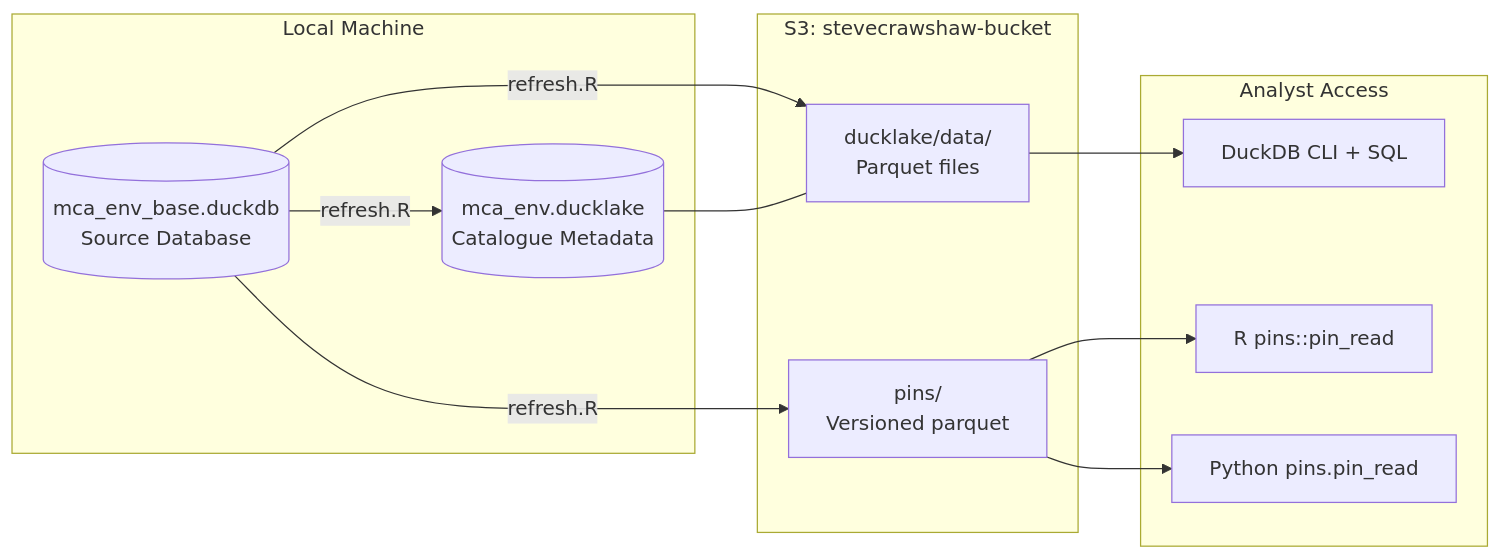
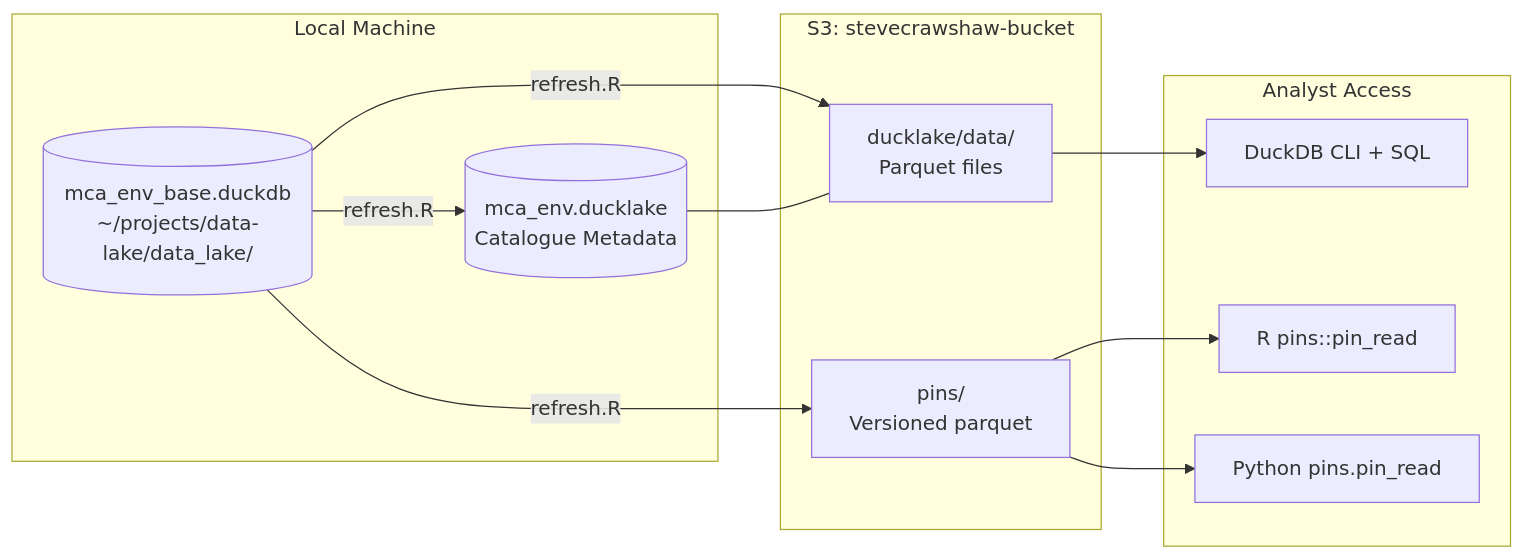
One commit to stevecrawshaw/ducklake changed the first of 9 diagrams in docs/admin-guide.qmd. Above: the diagram before and after it, drawn with Mermaid. The commit also changed other lines of this file and 13 other files, not shown here.

First line of the commit message:
chore: update source database path to ~/projects/data-lake/data_lake/mca_env_base.duckdb

````diff
--- a/docs/admin-guide.qmd
+++ b/docs/admin-guide.qmd
@@ -35,28 +35,28 @@
 ```{mermaid}
 %%| label: fig-system-overview
 %%| fig-cap: "System architecture: source database, DuckLake catalogue, and S3 pins"
 flowchart LR
     subgraph Local["Local Machine"]
-        SRC[(mca_env_base.duckdb<br/>Source Database)]
+        SRC[(mca_env_base.duckdb<br/>~/projects/data-lake/data_lake/)]
         CAT[(mca_env.ducklake<br/>Catalogue Metadata)]
     end
 
     subgraph S3["S3: stevecrawshaw-bucket"]
         DL[ducklake/data/<br/>Parquet files]
         PINS[pins/<br/>Versioned parquet]
     end
 
     subgraph Analysts["Analyst Access"]
         SQL[DuckDB CLI + SQL]
         R[R pins::pin_read]
         PY[Python pins.pin_read]
     end
 
     SRC -->|refresh.R| CAT
     SRC -->|refresh.R| DL
     SRC -->|refresh.R| PINS
     CAT --- DL
     DL --> SQL
     PINS --> R
     PINS --> PY
 ```
````
